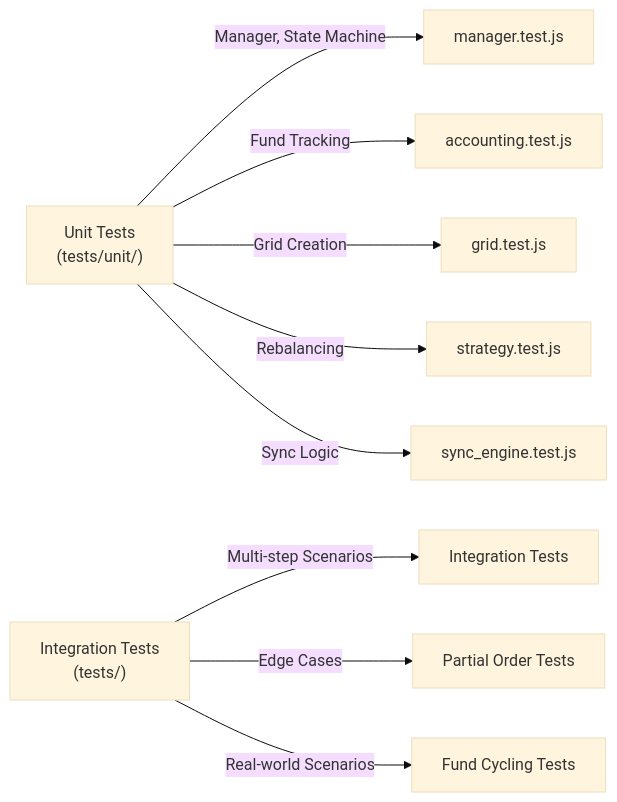
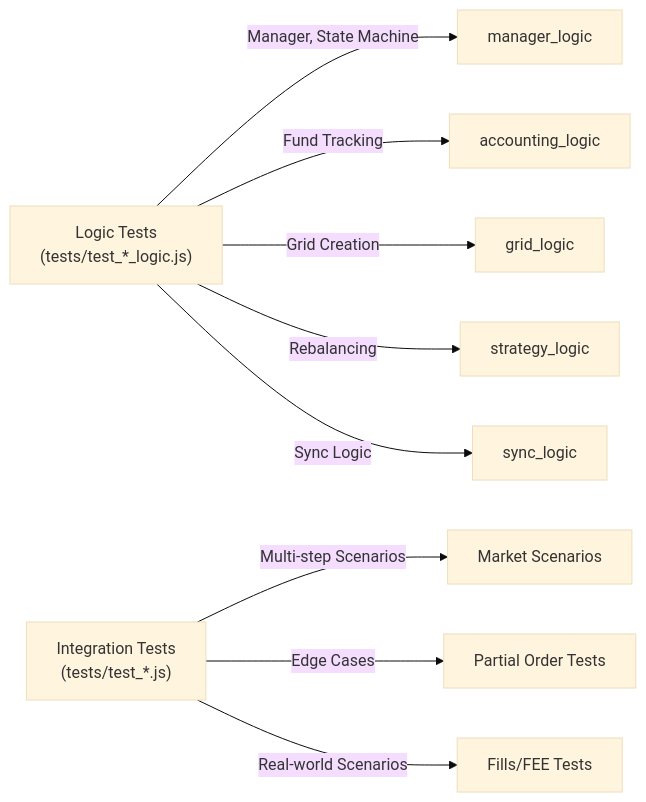
Diagram 12 of 12 in docs/architecture.md (abitmore/DEXBot2), drawn with Mermaid (base theme) before and after one commit. The commit also changed other lines of this file and 3 other files, not shown here.

First line of the commit message:
docs: modernize architecture and testing documentation

````diff
--- a/docs/architecture.md
+++ b/docs/architecture.md
@@ -555,15 +555,15 @@
 ```mermaid
 graph LR
-    A["Unit Tests<br/>(tests/unit/)"]
-    B["Integration Tests<br/>(tests/)"]
+    A["Logic Tests<br/>(tests/test_*_logic.js)"]
+    B["Integration Tests<br/>(tests/test_*.js)"]
 
-    A -->|Manager, State Machine| A1["manager.test.js"]
-    A -->|Fund Tracking| A2["accounting.test.js"]
-    A -->|Grid Creation| A3["grid.test.js"]
-    A -->|Rebalancing| A4["strategy.test.js"]
-    A -->|Sync Logic| A5["sync_engine.test.js"]
+    A -->|Manager, State Machine| A1["manager_logic"]
+    A -->|Fund Tracking| A2["accounting_logic"]
+    A -->|Grid Creation| A3["grid_logic"]
+    A -->|Rebalancing| A4["strategy_logic"]
+    A -->|Sync Logic| A5["sync_logic"]
 
-    B -->|Multi-step Scenarios| B1["Integration Tests"]
+    B -->|Multi-step Scenarios| B1["Market Scenarios"]
     B -->|Edge Cases| B2["Partial Order Tests"]
-    B -->|Real-world Scenarios| B3["Fund Cycling Tests"]
+    B -->|Real-world Scenarios| B3["Fills/FEE Tests"]
 ```
````
